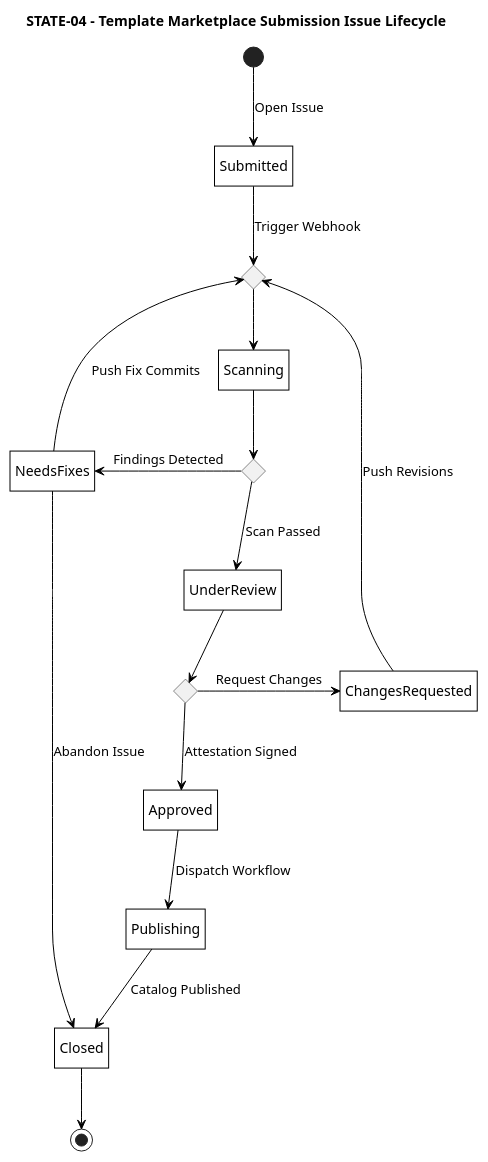
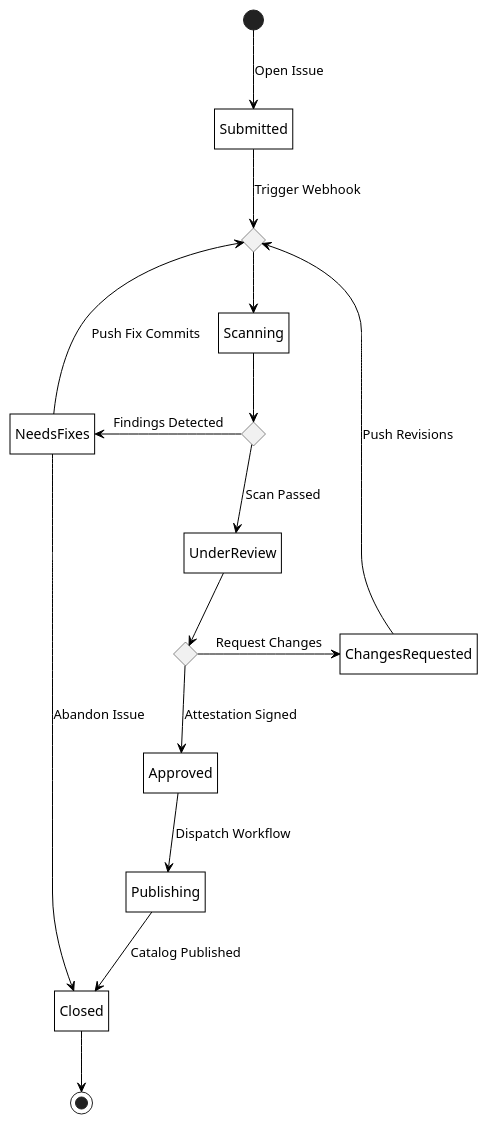
The diagram in diagrams/puml/state-machine/04-submission-issue.puml (Litho-MD/uet-fyp-docs), drawn with PlantUML before and after one commit. The commit also changed 111 other files, not shown here.

First line of the commit message:
Add TikZ support for UML diagrams and refine document structure

```diff
--- a/diagrams/puml/state-machine/04-submission-issue.puml
+++ b/diagrams/puml/state-machine/04-submission-issue.puml
@@ -1,48 +1,46 @@
-@startuml STATE-04-submission-issue
-title STATE-04 - Template Marketplace Submission Issue Lifecycle
-
+@startuml
 hide empty description
 
 skinparam monochrome true
 skinparam backgroundColor white
 skinparam shadowing false
 skinparam defaultTextAlignment center
 skinparam roundCorner 0
 skinparam ArrowColor black
 skinparam defaultFontColor black
 skinparam stateBorderThickness 1
 skinparam state {
     BackgroundColor white
     BorderColor black
     FontColor black
 }
 
 state c_scan_in <<choice>>
 
 [*] -down-> Submitted : Open Issue
 
 Submitted -down-> c_scan_in : Trigger Webhook
 c_scan_in -down-> Scanning
 
 state c_scan <<choice>>
 Scanning -down-> c_scan
 
 c_scan -left-> NeedsFixes : Findings Detected
 c_scan -down-> UnderReview : Scan Passed
 
 NeedsFixes -up-> c_scan_in : Push Fix Commits
 NeedsFixes -down-> Closed : Abandon Issue
 
 state c_rev <<choice>>
 UnderReview -down-> c_rev
 
 c_rev -right-> ChangesRequested : Request Changes
 ChangesRequested -up-> c_scan_in : Push Revisions
 
 c_rev -down-> Approved : Attestation Signed
 Approved -down-> Publishing : Dispatch Workflow
 Publishing -down-> Closed : Catalog Published
 
 Closed -down-> [*]
 
 @enduml
```
